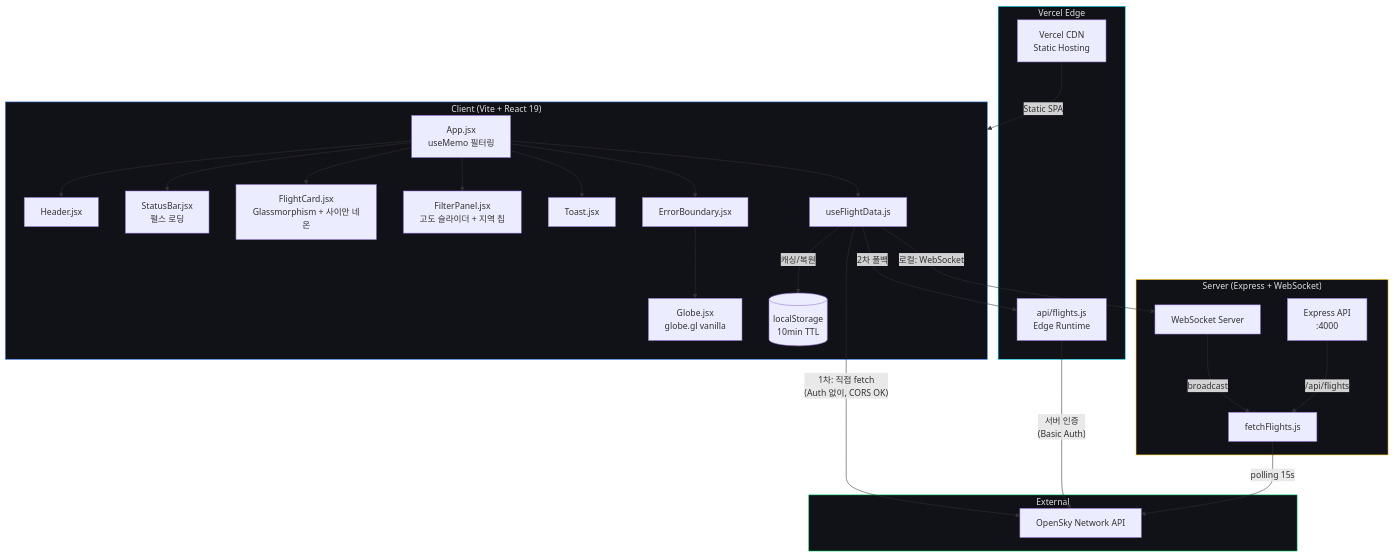
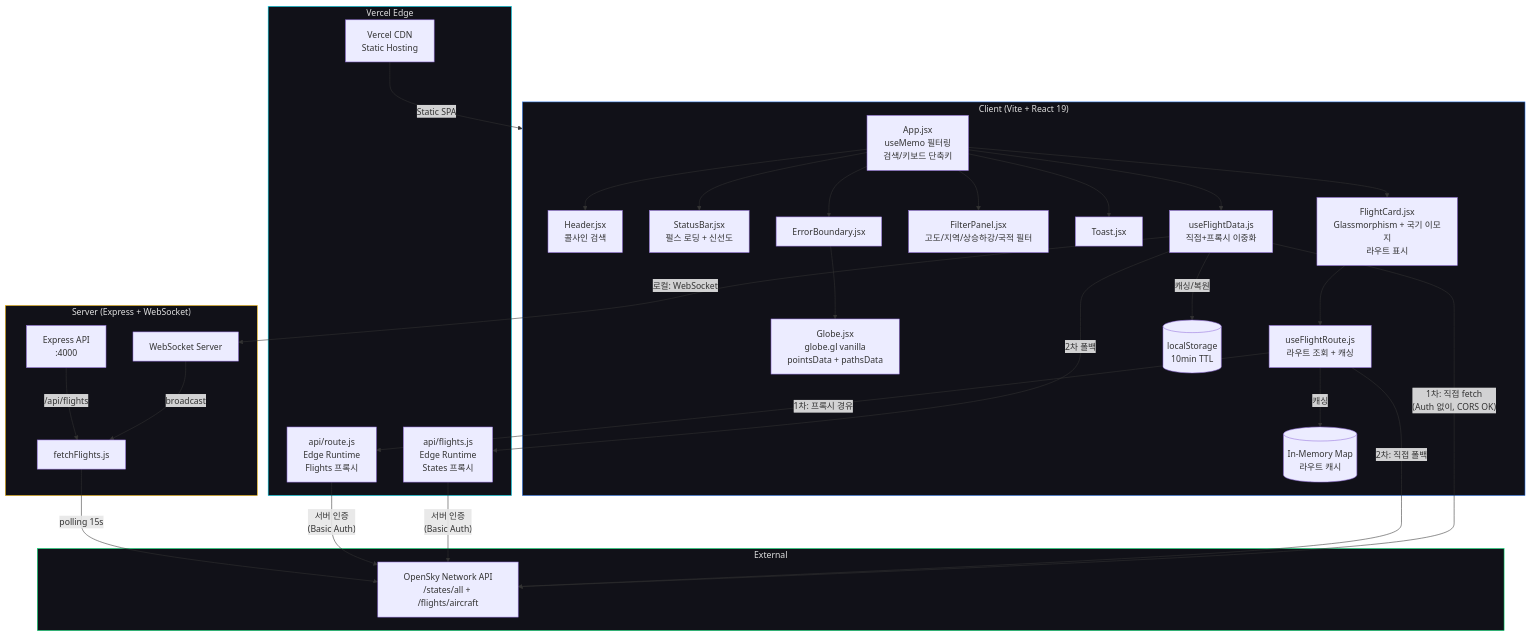
One commit to sunyoung-lee/global-sky-watcher changed the diagram in Project_retro.md. Above: the diagram before and after it, drawn with Mermaid. The commit also changed other lines of this file and 1 other file, not shown here.

````diff
--- a/Project_retro.md
+++ b/Project_retro.md
@@ -248,55 +326,64 @@
 ```mermaid
 graph TB
     subgraph Client["Client (Vite + React 19)"]
-        App[App.jsx<br/>useMemo 필터링]
-        Globe[Globe.jsx<br/>globe.gl vanilla]
-        Header[Header.jsx]
-        StatusBar[StatusBar.jsx<br/>펄스 로딩]
-        FlightCard[FlightCard.jsx<br/>Glassmorphism + 사이안 네온]
-        FilterPanel[FilterPanel.jsx<br/>고도 슬라이더 + 지역 칩]
+        App[App.jsx<br/>useMemo 필터링<br/>검색/키보드 단축키]
+        Globe[Globe.jsx<br/>globe.gl vanilla<br/>pointsData + pathsData]
+        Header[Header.jsx<br/>콜사인 검색]
+        StatusBar[StatusBar.jsx<br/>펄스 로딩 + 신선도]
+        FlightCard[FlightCard.jsx<br/>Glassmorphism + 국기 이모지<br/>라우트 표시]
+        FilterPanel[FilterPanel.jsx<br/>고도/지역/상승하강/국적 필터]
         Toast[Toast.jsx]
-        Hook[useFlightData.js]
+        Hook[useFlightData.js<br/>직접+프록시 이중화]
+        RouteHook[useFlightRoute.js<br/>라우트 조회 + 캐싱]
         EB[ErrorBoundary.jsx]
         Cache[(localStorage<br/>10min TTL)]
+        RouteCache[(In-Memory Map<br/>라우트 캐시)]
     end
 
     subgraph Server["Server (Express + WebSocket)"]
         Express[Express API<br/>:4000]
         WS[WebSocket Server]
         Fetcher[fetchFlights.js]
     end
 
     subgraph Edge["Vercel Edge"]
-        EdgeFn[api/flights.js<br/>Edge Runtime]
+        EdgeFn[api/flights.js<br/>Edge Runtime<br/>States 프록시]
+        RouteFn[api/route.js<br/>Edge Runtime<br/>Flights 프록시]
         CDN[Vercel CDN<br/>Static Hosting]
     end
 
     subgraph External["External"]
-        OpenSky[OpenSky Network API]
+        OpenSky[OpenSky Network API<br/>/states/all + /flights/aircraft]
     end
 
     App --> EB --> Globe
     App --> Header
     App --> StatusBar
     App --> FlightCard
     App --> FilterPanel
     App --> Toast
     App --> Hook
+    FlightCard --> RouteHook
 
     Hook -->|"1차: 직접 fetch<br/>(Auth 없이, CORS OK)"| OpenSky
     Hook -->|"2차 폴백"| EdgeFn
     Hook -->|"로컬: WebSocket"| WS
     Hook -->|"캐싱/복원"| Cache
 
+    RouteHook -->|"1차: 프록시 경유"| RouteFn
+    RouteHook -->|"2차: 직접 폴백"| OpenSky
+    RouteHook -->|"캐싱"| RouteCache
+
     EdgeFn -->|"서버 인증<br/>(Basic Auth)"| OpenSky
+    RouteFn -->|"서버 인증<br/>(Basic Auth)"| OpenSky
     WS -->|broadcast| Fetcher
     Express -->|/api/flights| Fetcher
     Fetcher -->|polling 15s| OpenSky
 
     CDN -->|Static SPA| Client
 
     style Client fill:#111118,stroke:#3a86ff,color:#e0e0e0
     style Server fill:#111118,stroke:#ffbe0b,color:#e0e0e0
     style Edge fill:#111118,stroke:#00e5ff,color:#e0e0e0
     style External fill:#111118,stroke:#00e676,color:#e0e0e0
 ```
````
